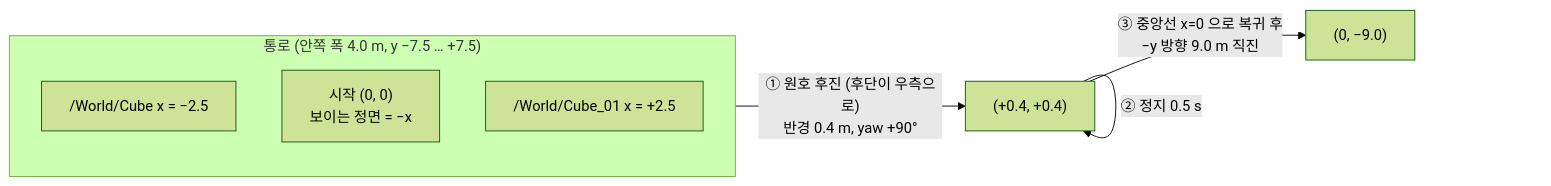
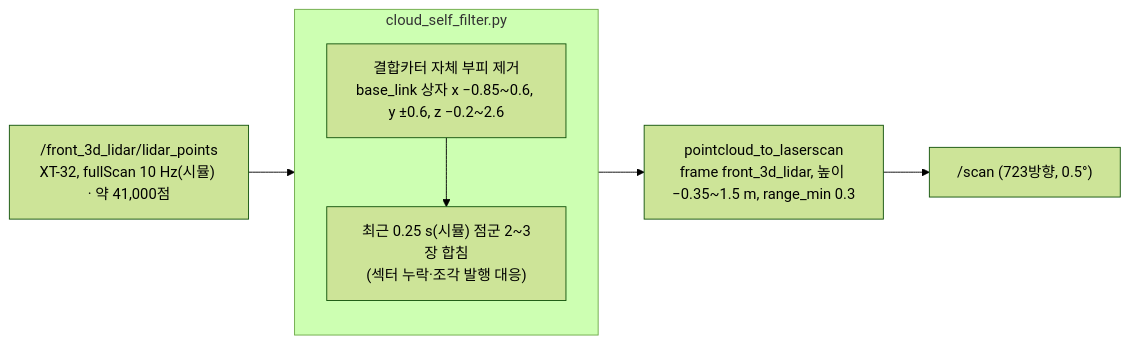
The third of 4 diagrams in cobot3_ws/src/smart_farm_navigation/docs/architecture.md (shbong06-sketch/ROKEY_P3_A1), drawn with Mermaid (forest theme) before and after one commit. The commit also changed other lines of this file and 10 other files, not shown here.

````diff
--- a/cobot3_ws/src/smart_farm_navigation/docs/architecture.md
+++ b/cobot3_ws/src/smart_farm_navigation/docs/architecture.md
@@ -149,12 +58,8 @@
 ```mermaid
 flowchart LR
-    subgraph CORR["통로 (안쪽 폭 4.0 m, y −7.5 … +7.5)"]
-        direction TB
-        W1["/World/Cube  x = −2.5"]
-        S["시작 (0, 0)<br>보이는 정면 = −x"]
-        W2["/World/Cube_01  x = +2.5"]
+    C["/front_3d_lidar/lidar_points<br>XT-32, fullScan 10 Hz(시뮬) · 약 41,000점"] --> F
+    subgraph F["cloud_self_filter.py"]
+        F1["결합카터 자체 부피 제거<br>base_link 상자 x −0.85~0.6, y ±0.6, z −0.2~2.6"] --> F2["최근 0.25 s(시뮬) 점군 2~3장 합침<br>(섹터 누락·조각 발행 대응)"]
     end
-    S -->|"① 원호 후진 (후단이 우측으로)<br>반경 0.4 m, yaw +90°"| P1["(+0.4, +0.4)"]
-    P1 -->|"② 정지 0.5 s"| P1
-    P1 -->|"③ 중앙선 x=0 으로 복귀 후<br>−y 방향 9.0 m 직진"| P2["(0, −9.0)"]
+    F --> PL["pointcloud_to_laserscan<br>frame front_3d_lidar, 높이 −0.35~1.5 m, range_min 0.3"] --> SC["/scan (723방향, 0.5°)"]
 ```
````
